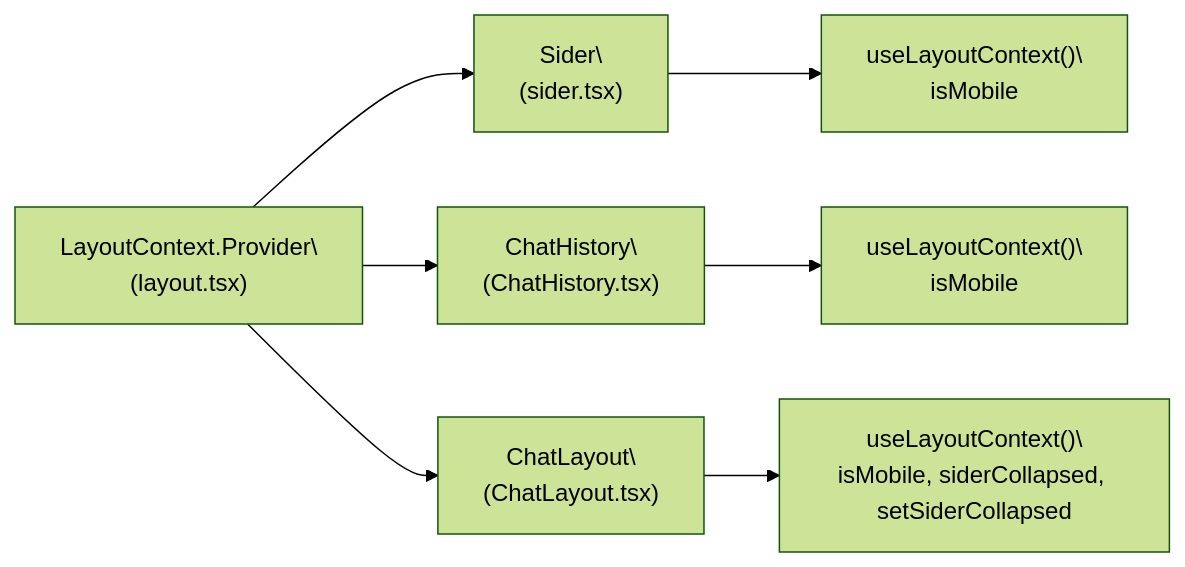
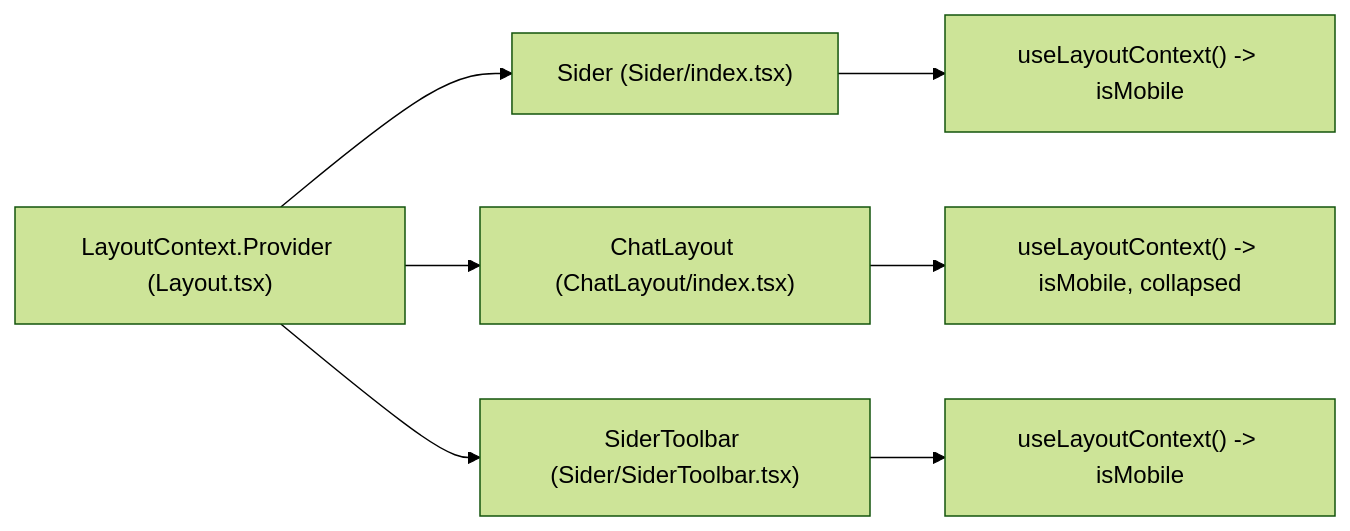
One commit to blackcater/zentree changed the second of 3 diagrams in docs/iOfficeAI_AionUi/user-interface/layout-system.md. Above: the diagram before and after it, drawn with Mermaid (forest theme). The commit also changed other lines of this file and 232 other files, not shown here.

````diff
--- a/docs/iOfficeAI_AionUi/user-interface/layout-system.md
+++ b/docs/iOfficeAI_AionUi/user-interface/layout-system.md
@@ -120,17 +115,11 @@
 ```mermaid
 graph LR
-    Provider["LayoutContext.Provider\
-(layout.tsx)"]
-    Provider --> Sider["Sider\
-(sider.tsx)"]
-    Provider --> ChatHistory["ChatHistory\
-(ChatHistory.tsx)"]
-    Provider --> ChatLayout["ChatLayout\
-(ChatLayout.tsx)"]
-    Sider --> UseLayoutCtx1["useLayoutContext()\
-isMobile"]
-    ChatHistory --> UseLayoutCtx2["useLayoutContext()\
-isMobile"]
-    ChatLayout --> UseLayoutCtx3["useLayoutContext()\
-isMobile, siderCollapsed, setSiderCollapsed"]
+    Provider["LayoutContext.Provider (Layout.tsx)"]
+    Provider --> Sider["Sider (Sider/index.tsx)"]
+    Provider --> ChatLayout["ChatLayout (ChatLayout/index.tsx)"]
+    Provider --> SiderToolbar["SiderToolbar (Sider/SiderToolbar.tsx)"]
+    
+    Sider --> UseLayoutCtx1["useLayoutContext() -> isMobile"]
+    ChatLayout --> UseLayoutCtx2["useLayoutContext() -> isMobile, collapsed"]
+    SiderToolbar --> UseLayoutCtx3["useLayoutContext() -> isMobile"]
 ```
````
